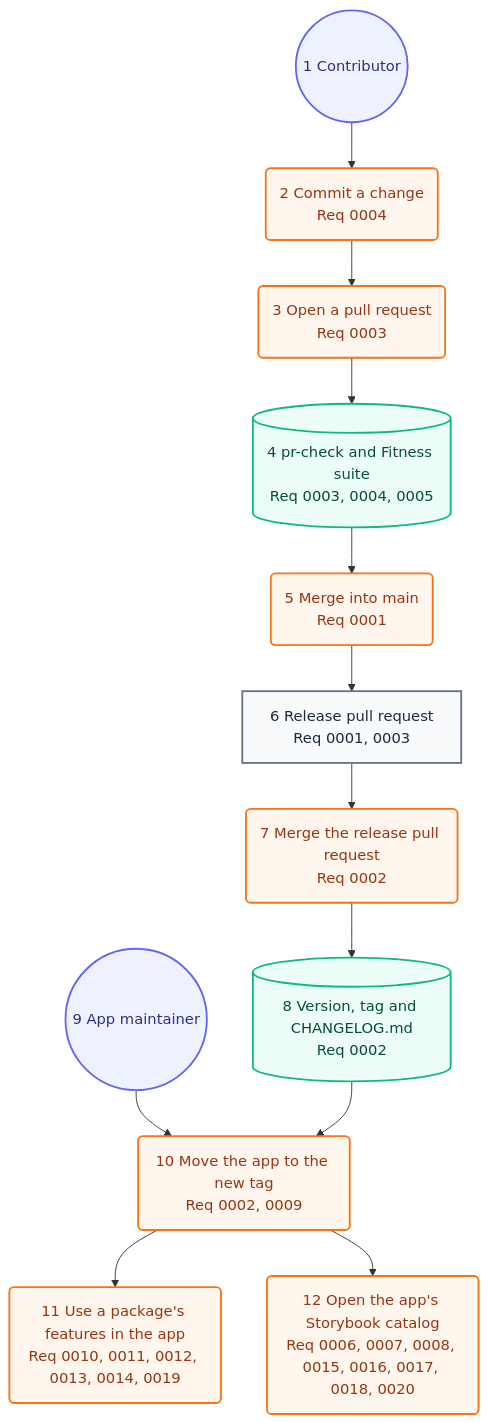
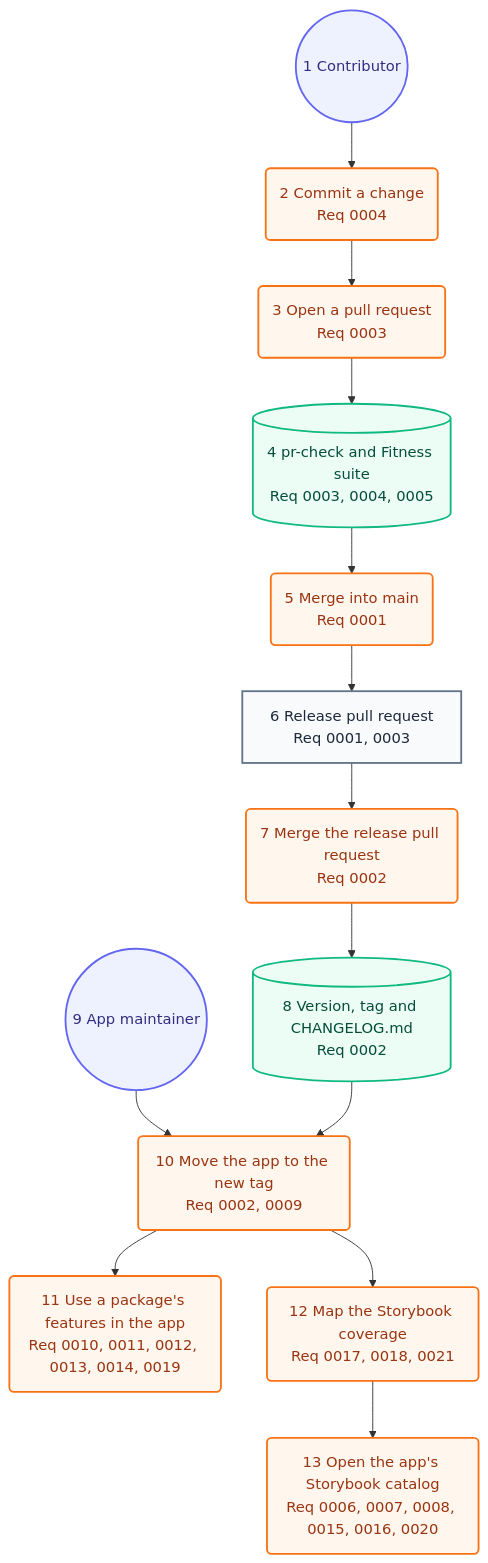
Before and after one commit to may-journal/common-swift: the second of 2 diagrams in docs/architecture/05-user-journey.md, drawn with Mermaid. The commit also changed other lines of this file and 30 other files, not shown here.

````diff
--- a/docs/architecture/05-user-journey.md
+++ b/docs/architecture/05-user-journey.md
@@ -33,32 +33,34 @@
 ```mermaid
 flowchart TB
     contributor((1 Contributor)):::persona
     commit(2 Commit a change<br/>Req 0004):::action
     open(3 Open a pull request<br/>Req 0003):::action
     checks[(4 pr-check and Fitness suite<br/>Req 0003, 0004, 0005)]:::system
     merge(5 Merge into main<br/>Req 0001):::action
     releasePR[6 Release pull request<br/>Req 0001, 0003]:::screen
     release(7 Merge the release pull request<br/>Req 0002):::action
     tag[(8 Version, tag and CHANGELOG.md<br/>Req 0002)]:::system
     maintainer((9 App maintainer)):::persona
     update(10 Move the app to the new tag<br/>Req 0002, 0009):::action
     adopt(11 Use a package's features in the app<br/>Req 0010, 0011, 0012, 0013, 0014, 0019):::action
-    storybook(12 Open the app's Storybook catalog<br/>Req 0006, 0007, 0008, 0015, 0016, 0017, 0018, 0020):::action
+    coverage(12 Map the Storybook coverage<br/>Req 0017, 0018, 0021):::action
+    storybook(13 Open the app's Storybook catalog<br/>Req 0006, 0007, 0008, 0015, 0016, 0020):::action
 
     contributor --> commit
     commit --> open
     open --> checks
     checks --> merge
     merge --> releasePR
     releasePR --> release
     release --> tag
     maintainer --> update
     tag --> update
     update --> adopt
-    update --> storybook
+    update --> coverage
+    coverage --> storybook
 
     classDef persona fill:#eef2ff,stroke:#6366f1,color:#312e81,stroke-width:2px
     classDef screen fill:#f8fafc,stroke:#64748b,color:#1e293b,stroke-width:2px
     classDef action fill:#fff7ed,stroke:#f97316,color:#9a3412,stroke-width:2px
     classDef system fill:#ecfdf5,stroke:#10b981,color:#064e3b,stroke-width:2px
 ```
````
